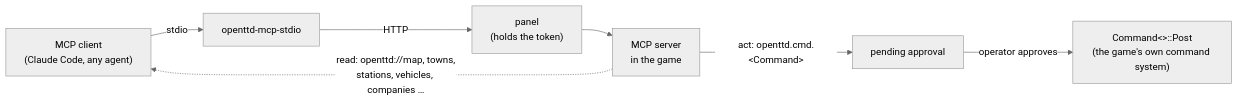
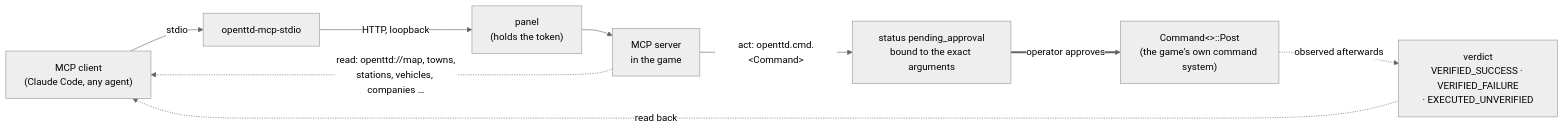
Before and after one commit to korczis/OpenTTD: the third of 12 diagrams in README.md, drawn with Mermaid (neutral theme). The commit also changed other lines of this file and 22 other files, not shown here.

First line of the commit message:
Add: [Surfaces] Research Atlas: every duel, A/B and battle record as views you drive, each linked to its evidence

````diff
--- a/README.md
+++ b/README.md
@@ -114,9 +236,20 @@
 ```mermaid
 flowchart LR
+  %% atlas: approval | From intent to evidence
   client["MCP client<br/>(Claude Code, any agent)"] -- stdio --> stdio["openttd-mcp-stdio"]
-  stdio -- HTTP --> panel["panel<br/>(holds the token)"]
+  stdio -- "HTTP, loopback" --> panel["panel<br/>(holds the token)"]
   panel --> mcp["MCP server<br/>in the game"]
   mcp -. "read: openttd://map, towns,<br/>stations, vehicles, companies …" .-> client
-  mcp -- "act: openttd.cmd.&lt;Command&gt;" --> pending["pending approval"]
-  pending -- "operator approves" --> post["Command&lt;&gt;::Post<br/>(the game's own command system)"]
+  mcp -- "act: openttd.cmd.&lt;Command&gt;" --> pending["status pending_approval<br/>bound to the exact arguments"]
+  pending == "operator approves" ==> post["Command&lt;&gt;::Post<br/>(the game's own command system)"]
+  post -. "observed afterwards" .-> verdict["verdict<br/>VERIFIED_SUCCESS · VERIFIED_FAILURE<br/>· EXECUTED_UNVERIFIED"]
+  verdict -. "read back" .-> client
+
+  click client "research/mcp-api.md" "any MCP client, tool names with underscores"
+  click stdio "tools/research/mcp-auto/openttd-mcp-stdio" "the stdio proxy; it never sees the token"
+  click panel "research/mechanisms/control-panel.md" "the panel holds the bearer token in memory"
+  click mcp "research/mechanisms/mcp-server-in-the-engine.md" "compile-gated, loopback only"
+  click pending "research/mechanisms/approval-gate.md" "proposing is not doing: a mutation waits for the owner"
+  click post "src/command_func.h" "the command system every client runs in lockstep"
+  click verdict "src/prismatic_mcp/prismatic_mcp_server.cpp" "the verdict the server records once the command has run"
 ```
````
